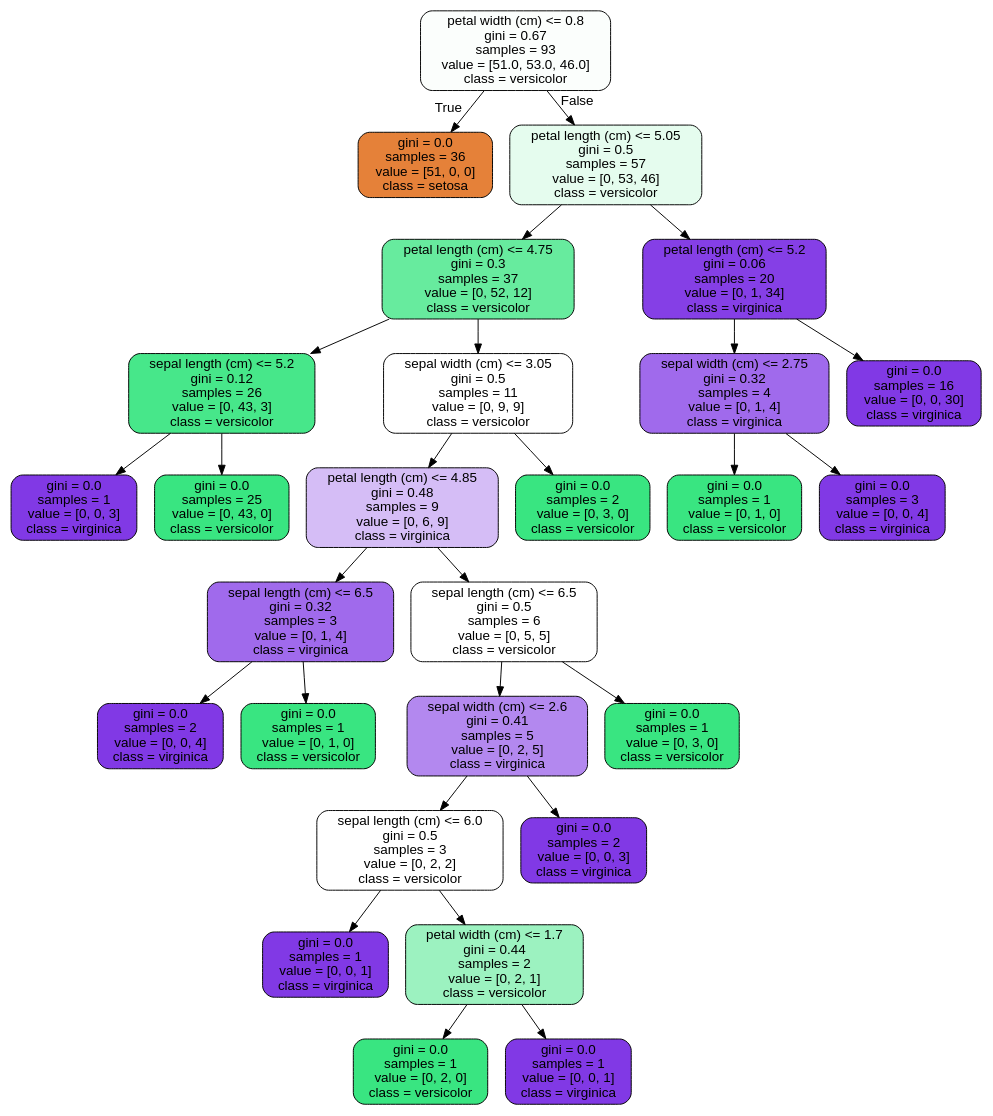
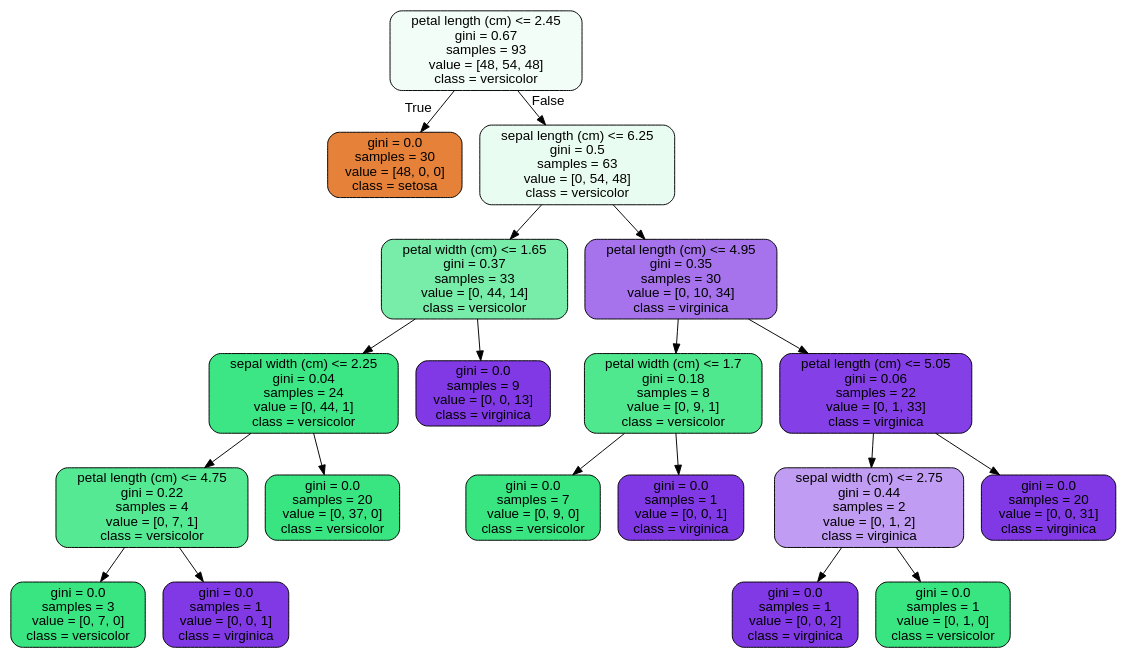
Before and after one commit to amschiltz/springboard_projects: the diagram in RandomForest Covid Case Study/tree.dot, drawn with Graphviz. The commit also changed 3 other files, not shown here.

```diff
--- a/RandomForest Covid Case Study/tree.dot
+++ b/RandomForest Covid Case Study/tree.dot
@@ -1,57 +1,41 @@
 digraph Tree {
 node [shape=box, style="filled, rounded", color="black", fontname="helvetica"] ;
 edge [fontname="helvetica"] ;
-0 [label="petal width (cm) <= 0.8\ngini = 0.67\nsamples = 93\nvalue = [51.0, 53.0, 46.0]\nclass = versicolor", fillcolor="#fbfefc"] ;
-1 [label="gini = 0.0\nsamples = 36\nvalue = [51, 0, 0]\nclass = setosa", fillcolor="#e58139"] ;
+0 [label="petal length (cm) <= 2.45\ngini = 0.67\nsamples = 93\nvalue = [48, 54, 48]\nclass = versicolor", fillcolor="#f3fdf8"] ;
+1 [label="gini = 0.0\nsamples = 30\nvalue = [48, 0, 0]\nclass = setosa", fillcolor="#e58139"] ;
 0 -> 1 [labeldistance=2.5, labelangle=45, headlabel="True"] ;
-2 [label="petal length (cm) <= 5.05\ngini = 0.5\nsamples = 57\nvalue = [0, 53, 46]\nclass = versicolor", fillcolor="#e5fcee"] ;
+2 [label="sepal length (cm) <= 6.25\ngini = 0.5\nsamples = 63\nvalue = [0, 54, 48]\nclass = versicolor", fillcolor="#e9fcf1"] ;
 0 -> 2 [labeldistance=2.5, labelangle=-45, headlabel="False"] ;
-3 [label="petal length (cm) <= 4.75\ngini = 0.3\nsamples = 37\nvalue = [0, 52, 12]\nclass = versicolor", fillcolor="#67eb9e"] ;
+3 [label="petal width (cm) <= 1.65\ngini = 0.37\nsamples = 33\nvalue = [0, 44, 14]\nclass = versicolor", fillcolor="#78eda9"] ;
 2 -> 3 ;
-4 [label="sepal length (cm) <= 5.2\ngini = 0.12\nsamples = 26\nvalue = [0, 43, 3]\nclass = versicolor", fillcolor="#47e78a"] ;
+4 [label="sepal width (cm) <= 2.25\ngini = 0.04\nsamples = 24\nvalue = [0, 44, 1]\nclass = versicolor", fillcolor="#3de684"] ;
 3 -> 4 ;
-5 [label="gini = 0.0\nsamples = 1\nvalue = [0, 0, 3]\nclass = virginica", fillcolor="#8139e5"] ;
+5 [label="petal length (cm) <= 4.75\ngini = 0.22\nsamples = 4\nvalue = [0, 7, 1]\nclass = versicolor", fillcolor="#55e993"] ;
 4 -> 5 ;
-6 [label="gini = 0.0\nsamples = 25\nvalue = [0, 43, 0]\nclass = versicolor", fillcolor="#39e581"] ;
-4 -> 6 ;
-7 [label="sepal width (cm) <= 3.05\ngini = 0.5\nsamples = 11\nvalue = [0, 9, 9]\nclass = versicolor", fillcolor="#ffffff"] ;
-3 -> 7 ;
-8 [label="petal length (cm) <= 4.85\ngini = 0.48\nsamples = 9\nvalue = [0, 6, 9]\nclass = virginica", fillcolor="#d5bdf6"] ;
-7 -> 8 ;
-9 [label="sepal length (cm) <= 6.5\ngini = 0.32\nsamples = 3\nvalue = [0, 1, 4]\nclass = virginica", fillcolor="#a06aec"] ;
-8 -> 9 ;
-10 [label="gini = 0.0\nsamples = 2\nvalue = [0, 0, 4]\nclass = virginica", fillcolor="#8139e5"] ;
-9 -> 10 ;
-11 [label="gini = 0.0\nsamples = 1\nvalue = [0, 1, 0]\nclass = versicolor", fillcolor="#39e581"] ;
-9 -> 11 ;
-12 [label="sepal length (cm) <= 6.5\ngini = 0.5\nsamples = 6\nvalue = [0, 5, 5]\nclass = versicolor", fillcolor="#ffffff"] ;
-8 -> 12 ;
-13 [label="sepal width (cm) <= 2.6\ngini = 0.41\nsamples = 5\nvalue = [0, 2, 5]\nclass = virginica", fillcolor="#b388ef"] ;
-12 -> 13 ;
-14 [label="sepal length (cm) <= 6.0\ngini = 0.5\nsamples = 3\nvalue = [0, 2, 2]\nclass = versicolor", fillcolor="#ffffff"] ;
-13 -> 14 ;
-15 [label="gini = 0.0\nsamples = 1\nvalue = [0, 0, 1]\nclass = virginica", fillcolor="#8139e5"] ;
+6 [label="gini = 0.0\nsamples = 3\nvalue = [0, 7, 0]\nclass = versicolor", fillcolor="#39e581"] ;
+5 -> 6 ;
+7 [label="gini = 0.0\nsamples = 1\nvalue = [0, 0, 1]\nclass = virginica", fillcolor="#8139e5"] ;
+5 -> 7 ;
+8 [label="gini = 0.0\nsamples = 20\nvalue = [0, 37, 0]\nclass = versicolor", fillcolor="#39e581"] ;
+4 -> 8 ;
+9 [label="gini = 0.0\nsamples = 9\nvalue = [0, 0, 13]\nclass = virginica", fillcolor="#8139e5"] ;
+3 -> 9 ;
+10 [label="petal length (cm) <= 4.95\ngini = 0.35\nsamples = 30\nvalue = [0, 10, 34]\nclass = virginica", fillcolor="#a673ed"] ;
+2 -> 10 ;
+11 [label="petal width (cm) <= 1.7\ngini = 0.18\nsamples = 8\nvalue = [0, 9, 1]\nclass = versicolor", fillcolor="#4fe88f"] ;
+10 -> 11 ;
+12 [label="gini = 0.0\nsamples = 7\nvalue = [0, 9, 0]\nclass = versicolor", fillcolor="#39e581"] ;
+11 -> 12 ;
+13 [label="gini = 0.0\nsamples = 1\nvalue = [0, 0, 1]\nclass = virginica", fillcolor="#8139e5"] ;
+11 -> 13 ;
+14 [label="petal length (cm) <= 5.05\ngini = 0.06\nsamples = 22\nvalue = [0, 1, 33]\nclass = virginica", fillcolor="#853fe6"] ;
+10 -> 14 ;
+15 [label="sepal width (cm) <= 2.75\ngini = 0.44\nsamples = 2\nvalue = [0, 1, 2]\nclass = virginica", fillcolor="#c09cf2"] ;
 14 -> 15 ;
-16 [label="petal width (cm) <= 1.7\ngini = 0.44\nsamples = 2\nvalue = [0, 2, 1]\nclass = versicolor", fillcolor="#9cf2c0"] ;
-14 -> 16 ;
-17 [label="gini = 0.0\nsamples = 1\nvalue = [0, 2, 0]\nclass = versicolor", fillcolor="#39e581"] ;
-16 -> 17 ;
-18 [label="gini = 0.0\nsamples = 1\nvalue = [0, 0, 1]\nclass = virginica", fillcolor="#8139e5"] ;
-16 -> 18 ;
-19 [label="gini = 0.0\nsamples = 2\nvalue = [0, 0, 3]\nclass = virginica", fillcolor="#8139e5"] ;
-13 -> 19 ;
-20 [label="gini = 0.0\nsamples = 1\nvalue = [0, 3, 0]\nclass = versicolor", fillcolor="#39e581"] ;
-12 -> 20 ;
-21 [label="gini = 0.0\nsamples = 2\nvalue = [0, 3, 0]\nclass = versicolor", fillcolor="#39e581"] ;
-7 -> 21 ;
-22 [label="petal length (cm) <= 5.2\ngini = 0.06\nsamples = 20\nvalue = [0, 1, 34]\nclass = virginica", fillcolor="#853fe6"] ;
-2 -> 22 ;
-23 [label="sepal width (cm) <= 2.75\ngini = 0.32\nsamples = 4\nvalue = [0, 1, 4]\nclass = virginica", fillcolor="#a06aec"] ;
-22 -> 23 ;
-24 [label="gini = 0.0\nsamples = 1\nvalue = [0, 1, 0]\nclass = versicolor", fillcolor="#39e581"] ;
-23 -> 24 ;
-25 [label="gini = 0.0\nsamples = 3\nvalue = [0, 0, 4]\nclass = virginica", fillcolor="#8139e5"] ;
-23 -> 25 ;
-26 [label="gini = 0.0\nsamples = 16\nvalue = [0, 0, 30]\nclass = virginica", fillcolor="#8139e5"] ;
-22 -> 26 ;
+16 [label="gini = 0.0\nsamples = 1\nvalue = [0, 0, 2]\nclass = virginica", fillcolor="#8139e5"] ;
+15 -> 16 ;
+17 [label="gini = 0.0\nsamples = 1\nvalue = [0, 1, 0]\nclass = versicolor", fillcolor="#39e581"] ;
+15 -> 17 ;
+18 [label="gini = 0.0\nsamples = 20\nvalue = [0, 0, 31]\nclass = virginica", fillcolor="#8139e5"] ;
+14 -> 18 ;
 }
```
